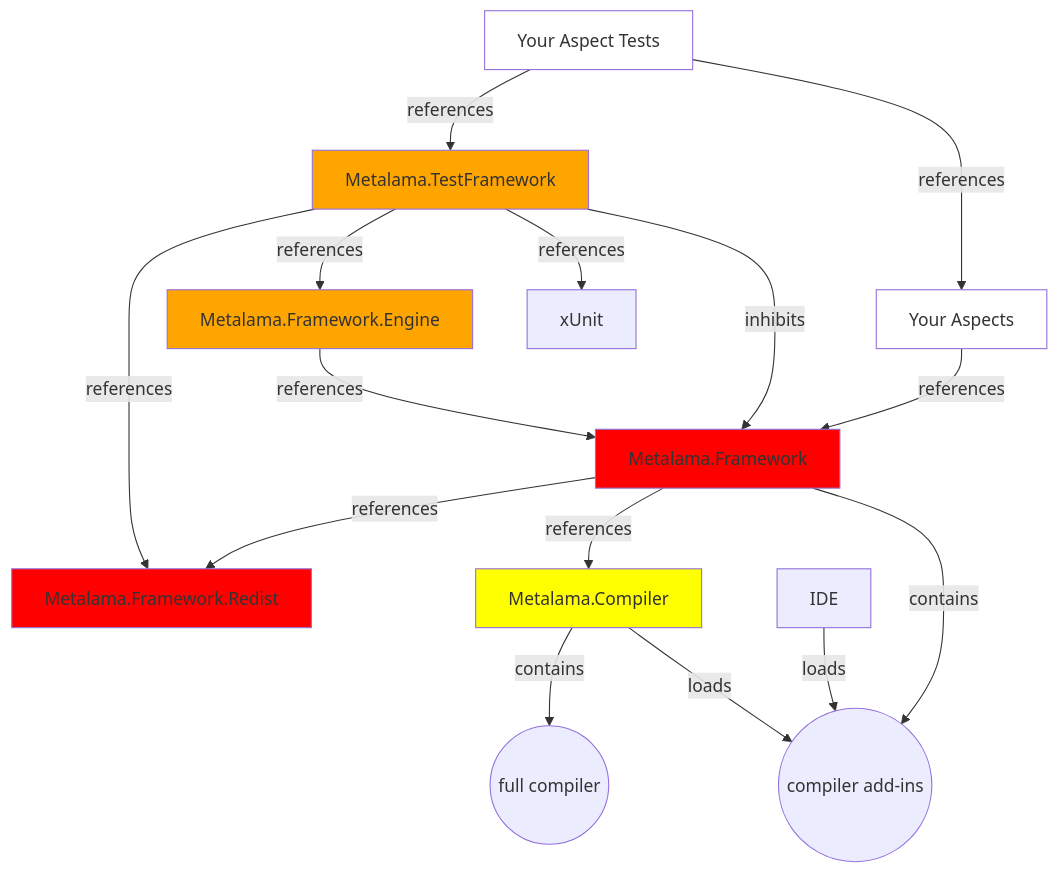
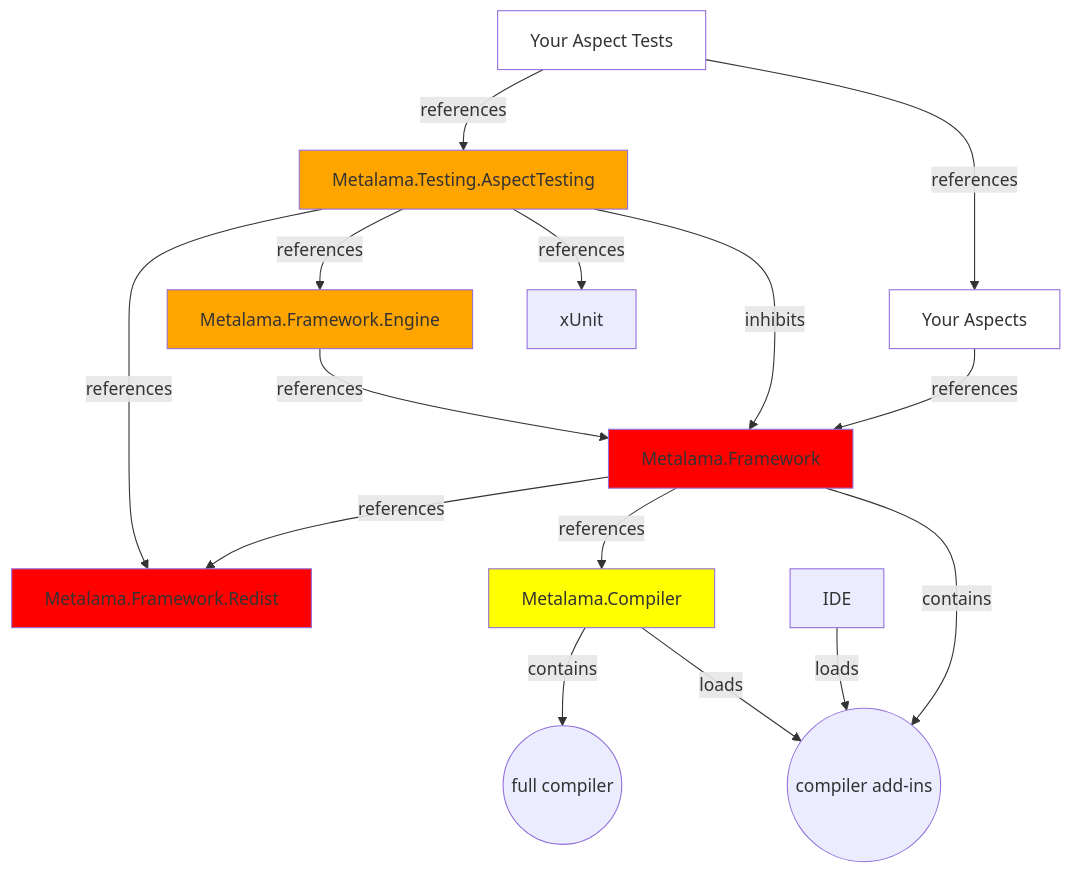
The second of 4 diagrams in conceptual/deployment/packages.md (postsharp/Metalama.Documentation), drawn with Mermaid before and after one commit. The commit also changed other lines of this file and 11 other files, not shown here.

````diff
--- a/conceptual/deployment/packages.md
+++ b/conceptual/deployment/packages.md
@@ -55,47 +55,47 @@
 ```mermaid
 graph TD
     YourCode -- references --> Metalama.Framework
     YourTests -- references --> YourCode
     Metalama.Framework -- references --> Metalama.Framework.Redist
     Metalama.Framework -- references-->  Metalama.Compiler
     Metalama.Framework -- contains --> analyzers((compiler add-ins))
-    Metalama.TestFramework -- references --> Metalama.Framework.Redist
-    Metalama.TestFramework -- inhibits --> Metalama.Framework
-    Metalama.TestFramework -- references--> Metalama.Framework.Engine
-    Metalama.TestFramework -- references--> xUnit
+    Metalama.Testing.AspectTesting -- references --> Metalama.Framework.Redist
+    Metalama.Testing.AspectTesting -- inhibits --> Metalama.Framework
+    Metalama.Testing.AspectTesting -- references--> Metalama.Framework.Engine
+    Metalama.Testing.AspectTesting -- references--> xUnit
     Metalama.Framework.Engine -- references --> Metalama.Framework
-    YourTests -- references --> Metalama.TestFramework
+    YourTests -- references --> Metalama.Testing.AspectTesting
     IDE -- loads --> analyzers
     Metalama.Compiler -- loads --> analyzers
     
     YourCode[Your Aspects]
     YourTests[Your Aspect Tests]
     
     Metalama.Compiler -- contains --> compiler((full compiler))
 
     classDef testing fill:orange;
-    class Metalama.TestFramework testing;
+    class Metalama.Testing.AspectTesting testing;
     class Metalama.Framework.Engine testing;
     class Metalama.Framework.Introspection testing;
     class Metalama.Framework.Workspaces testing;
     class Metalama.LinqPad testing;
     
     classDef compileTime fill:yellow;
     class Metalama.Compiler compileTime;
     class Metalama.Compiler.Sdk compileTime;
     class Metalama.Framework.Sdk compileTime;
 
     classDef runTime fill:lightgreen;
     class Metalama.Framework.Redist runTime;
 
     classDef userCode fill:white;
     class YourCode userCode;
     class YourTests userCode;
     class LinqPad userCode;
 
     classDef framework fill:red;
     class Metalama.Framework.Redist framework;
     class Metalama.Framework framework;
     
 
 ```
````
